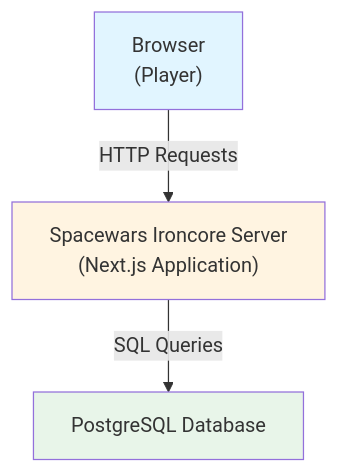
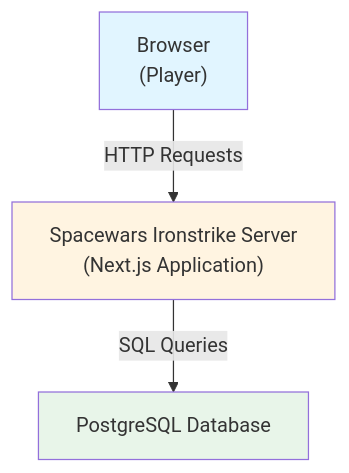
One commit to MarkDrei/Spacewars3 changed the first of 10 diagrams in doc/architecture/arc42-architecture.md. Above: the diagram before and after it, drawn with Mermaid. The commit also changed other lines of this file and 10 other files, not shown here.

````diff
--- a/doc/architecture/arc42-architecture.md
+++ b/doc/architecture/arc42-architecture.md
@@ -86,13 +86,13 @@
 ```mermaid
 graph TB
     Browser["Browser<br/>(Player)"]
-    Server["Spacewars Ironcore Server<br/>(Next.js Application)"]
+    Server["Spacewars Ironstrike Server<br/>(Next.js Application)"]
     DB["PostgreSQL Database"]
 
     Browser -->|HTTP Requests| Server
     Server -->|SQL Queries| DB
 
     style Browser fill:#e1f5ff
     style Server fill:#fff4e1
     style DB fill:#e8f5e9
 ```
````
